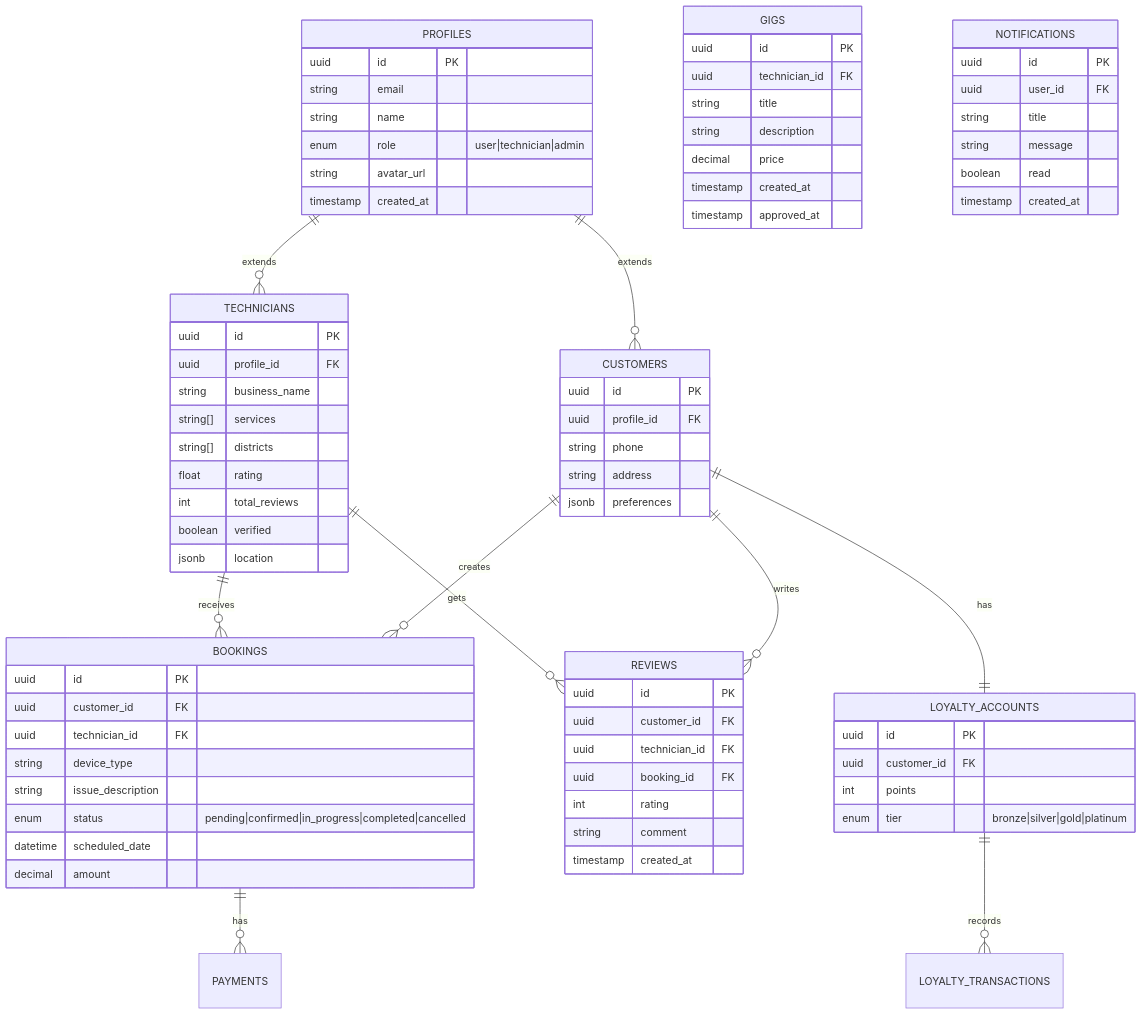
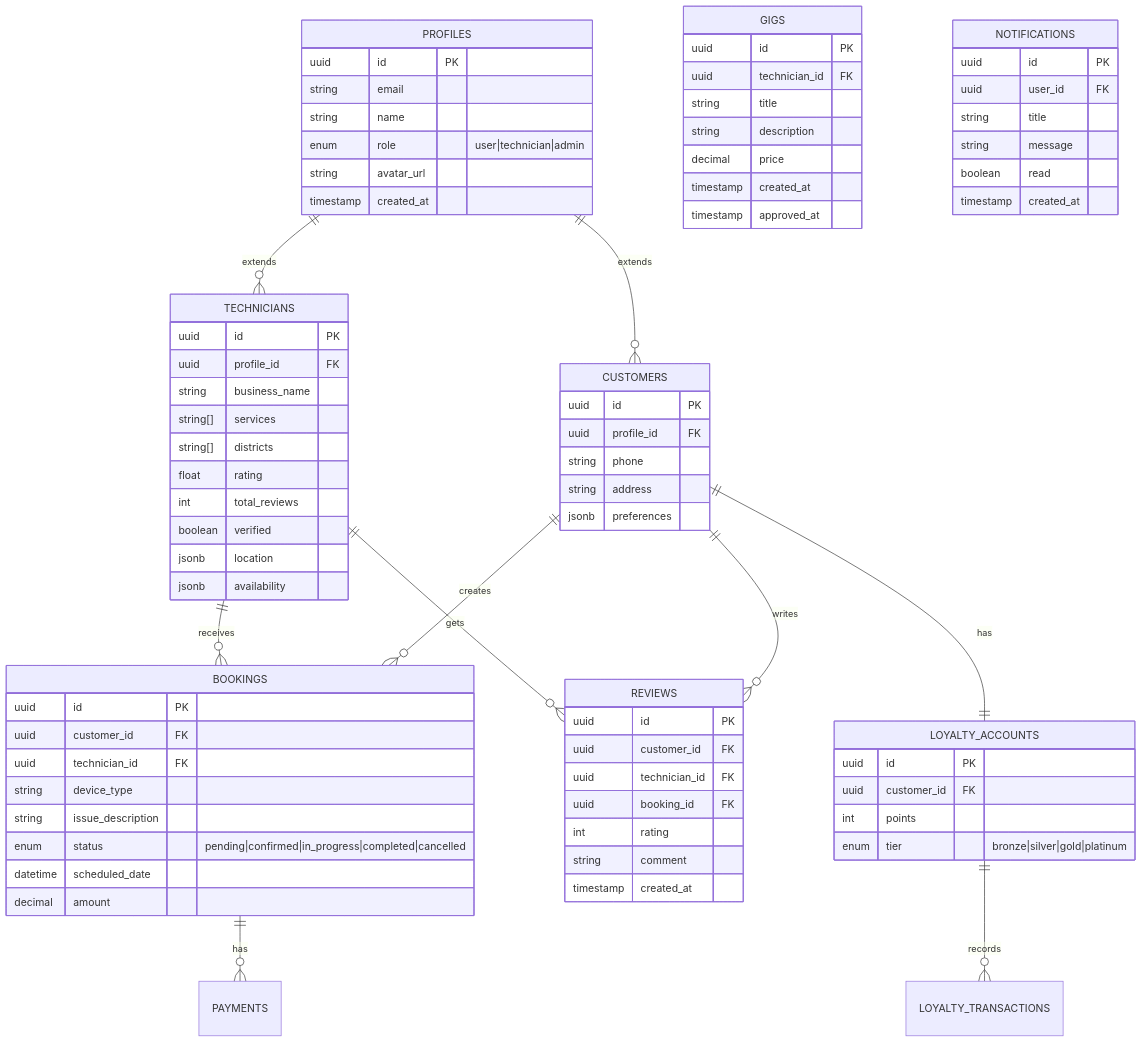
Before and after one commit to Irchika774/Tech-Care_official: the third of 15 diagrams in README.md, drawn with Mermaid.

Commit message:
Docs: Update ERD with availability column

```diff
--- a/README.md
+++ b/README.md
@@ -187,6 +187,7 @@
         int total_reviews
         boolean verified
         jsonb location
+        jsonb availability
     }
     
     BOOKINGS ||--o{ PAYMENTS : "has"
```
